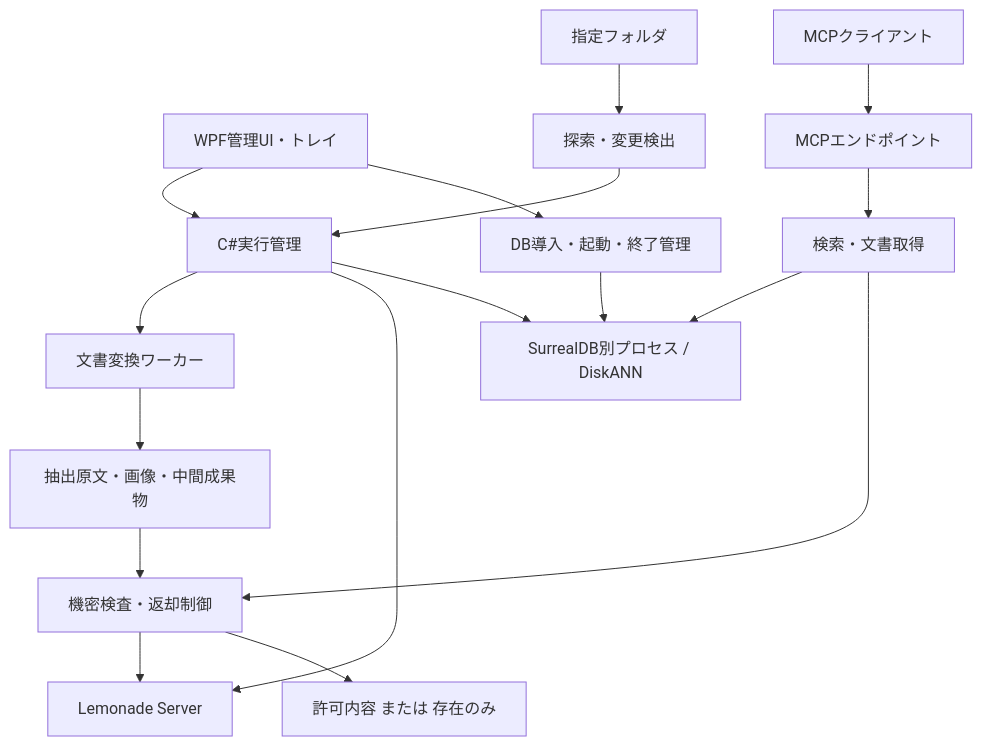
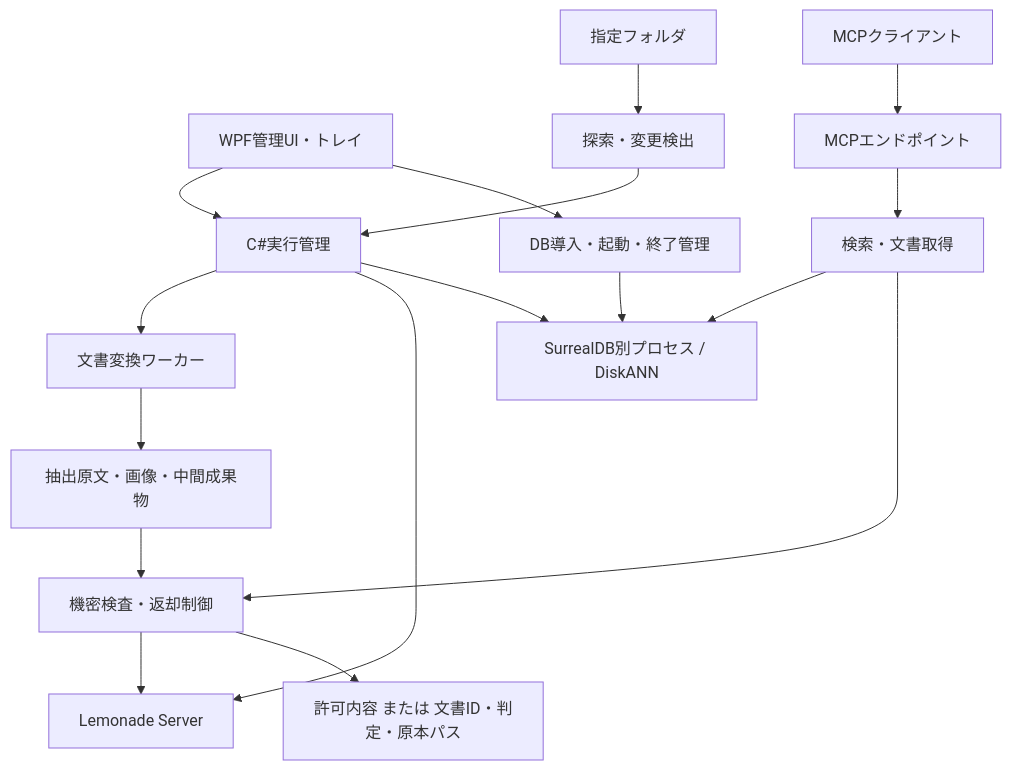
One commit to gafs-ai/Local-RAG changed the diagram in Documents/LocalRAGDesign.md. Above: the diagram before and after it, drawn with Mermaid. The commit also changed other lines of this file and 57 other files, not shown here.

````diff
--- a/Documents/LocalRAGDesign.md
+++ b/Documents/LocalRAGDesign.md
@@ -57,19 +57,19 @@
 ```mermaid
 flowchart TD
     UI[WPF管理UI・トレイ] --> Engine[C#実行管理]
     Folders[指定フォルダ] --> Scan[探索・変更検出]
     Scan --> Engine
     Engine --> Convert[文書変換ワーカー]
     Engine --> AI[Lemonade Server]
     Convert --> Artifacts[抽出原文・画像・中間成果物]
     Engine --> DB[SurrealDB別プロセス / DiskANN]
     UI --> Manager[DB導入・起動・終了管理]
     Manager --> DB
     Client[MCPクライアント] --> Endpoint[MCPエンドポイント]
     Endpoint --> Retrieval[検索・文書取得]
     Retrieval --> DB
     Retrieval --> Gate[機密検査・返却制御]
     Artifacts --> Gate
     Gate --> AI
-    Gate --> Result[許可内容 または 存在のみ]
+    Gate --> Result[許可内容 または 文書ID・判定・原本パス]
 ```
````
